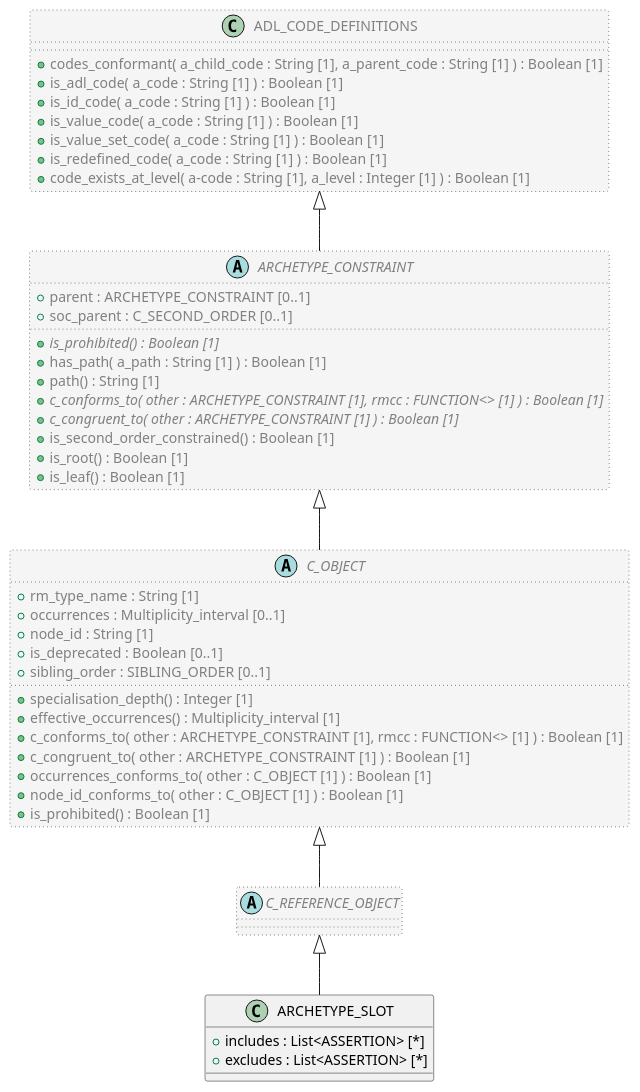
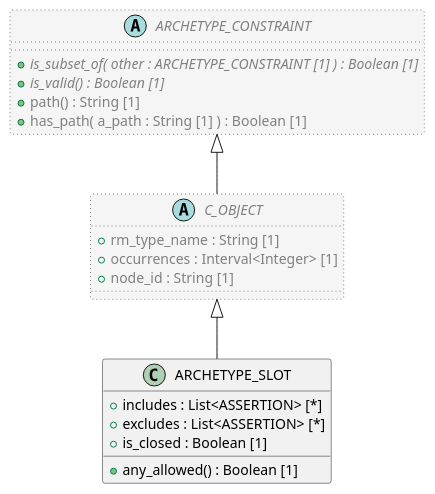
One commit to sebastian-iancu/code-generator changed the diagram in code/Adoc/openehr_am_2.3.0/plantUML/classes/org.openehr.am.aom2.archetype_slot.adoc. Above: the diagram before and after it, drawn with PlantUML. The commit also changed 1228 other files, not shown here.

```diff
--- a/code/Adoc/openehr_am_2.3.0/plantUML/classes/org.openehr.am.aom2.archetype_slot.adoc
+++ b/code/Adoc/openehr_am_2.3.0/plantUML/classes/org.openehr.am.aom2.archetype_slot.adoc
@@ -1,61 +1,31 @@
 [plantuml,ARCHETYPE_SLOT,format=svg,svg-type="inline"]
 -----
 @startuml
 
 class ARCHETYPE_SLOT {
   + includes : List<ASSERTION> [*]
   + excludes : List<ASSERTION> [*]
-}
-
-abstract class C_REFERENCE_OBJECT  #whitesmoke;line:gray;line.dotted;text:gray {
+  + is_closed : Boolean [1]
+  + any_allowed() : Boolean [1]
 }
 
 abstract class C_OBJECT  #whitesmoke;line:gray;line.dotted;text:gray {
   + rm_type_name : String [1]
-  + occurrences : Multiplicity_interval [0..1]
+  + occurrences : Interval<Integer> [1]
   + node_id : String [1]
-  + is_deprecated : Boolean [0..1]
-  + sibling_order : SIBLING_ORDER [0..1]
-  + specialisation_depth() : Integer [1]
-  + effective_occurrences() : Multiplicity_interval [1]
-  + c_conforms_to( other : ARCHETYPE_CONSTRAINT [1], rmcc : FUNCTION<> [1] ) : Boolean [1]
-  + c_congruent_to( other : ARCHETYPE_CONSTRAINT [1] ) : Boolean [1]
-  + occurrences_conforms_to( other : C_OBJECT [1] ) : Boolean [1]
-  + node_id_conforms_to( other : C_OBJECT [1] ) : Boolean [1]
-  + is_prohibited() : Boolean [1]
 }
 
 abstract class ARCHETYPE_CONSTRAINT  #whitesmoke;line:gray;line.dotted;text:gray {
-  + parent : ARCHETYPE_CONSTRAINT [0..1]
-  + soc_parent : C_SECOND_ORDER [0..1]
-  + {abstract} is_prohibited() : Boolean [1]
+  + {abstract} is_subset_of( other : ARCHETYPE_CONSTRAINT [1] ) : Boolean [1]
+  + {abstract} is_valid() : Boolean [1]
+  + path() : String [1]
   + has_path( a_path : String [1] ) : Boolean [1]
-  + path() : String [1]
-  + {abstract} c_conforms_to( other : ARCHETYPE_CONSTRAINT [1], rmcc : FUNCTION<> [1] ) : Boolean [1]
-  + {abstract} c_congruent_to( other : ARCHETYPE_CONSTRAINT [1] ) : Boolean [1]
-  + is_second_order_constrained() : Boolean [1]
-  + is_root() : Boolean [1]
-  + is_leaf() : Boolean [1]
 }
-
-class ADL_CODE_DEFINITIONS  #whitesmoke;line:gray;line.dotted;text:gray {
-  + codes_conformant( a_child_code : String [1], a_parent_code : String [1] ) : Boolean [1]
-  + is_adl_code( a_code : String [1] ) : Boolean [1]
-  + is_id_code( a_code : String [1] ) : Boolean [1]
-  + is_value_code( a_code : String [1] ) : Boolean [1]
-  + is_value_set_code( a_code : String [1] ) : Boolean [1]
-  + is_redefined_code( a_code : String [1] ) : Boolean [1]
-  + code_exists_at_level( a-code : String [1], a_level : Integer [1] ) : Boolean [1]
-}
-
-ADL_CODE_DEFINITIONS <|-- ARCHETYPE_CONSTRAINT
 
 ARCHETYPE_CONSTRAINT <|-- C_OBJECT
 
-C_OBJECT <|-- C_REFERENCE_OBJECT
-
-C_REFERENCE_OBJECT <|-- ARCHETYPE_SLOT
+C_OBJECT <|-- ARCHETYPE_SLOT
 
 
 @enduml
 -----
```
